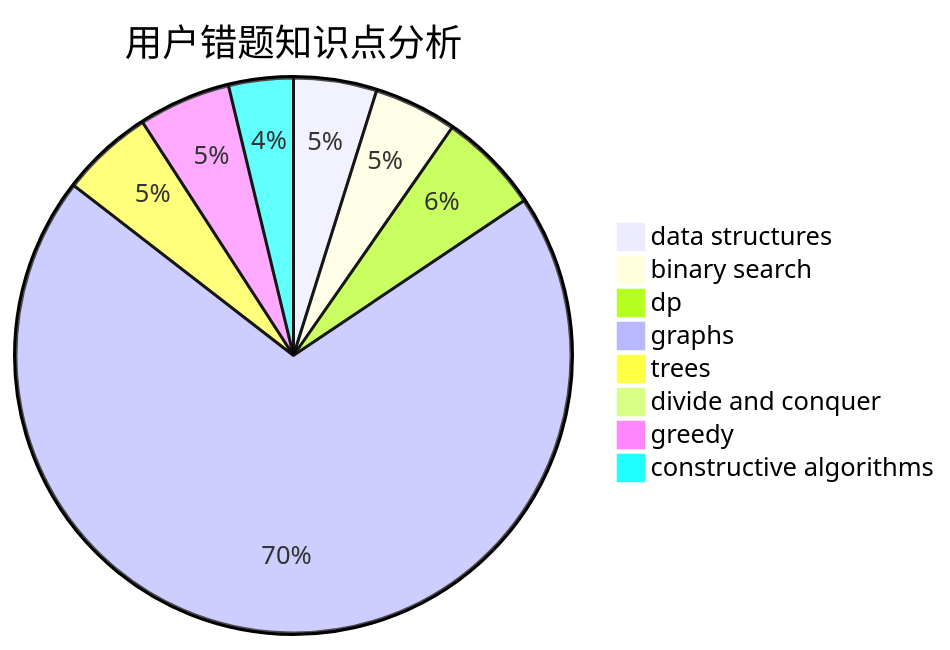
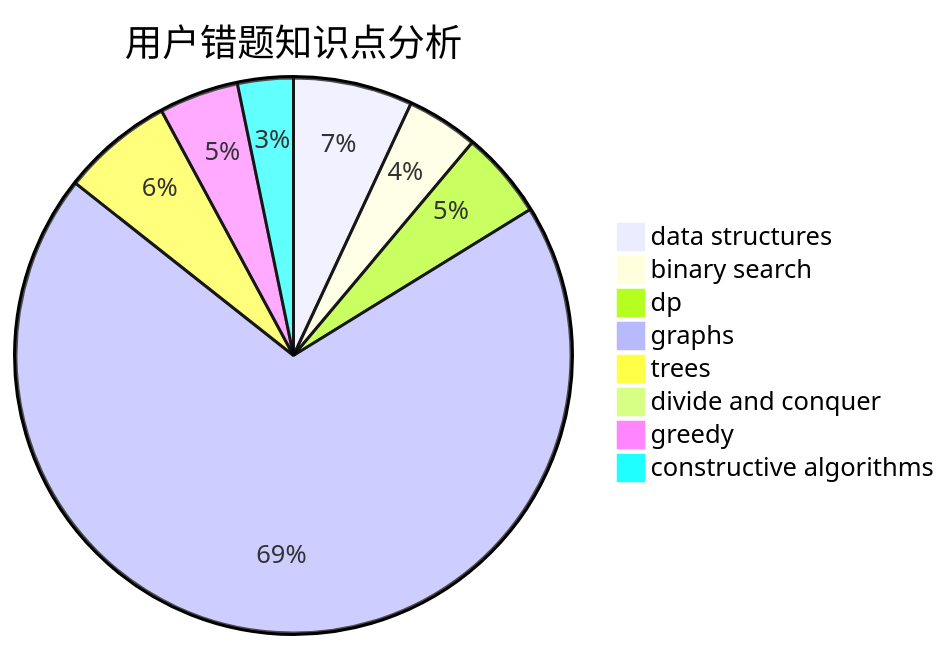
The third of 3 diagrams in docs/user/u1532.md (sherpahu/cfrs.github.io), drawn with Mermaid before and after one commit. The commit also changed other lines of this file and 2770 other files, not shown here.

````diff
--- a/docs/user/u1532.md
+++ b/docs/user/u1532.md
@@ -36,11 +36,11 @@
 ```mermaid
 pie title 用户错题知识点分析
-    "data structures" :  9
+    "data structures" :  15
     "binary search" :  9
     "dp" :  11
-    "graphs" :  130
-    "trees" :  10
+    "graphs" :  150
+    "trees" :  14
     "divide and conquer" :  0
     "greedy" :  10
     "constructive algorithms" :  7
 ```
````
